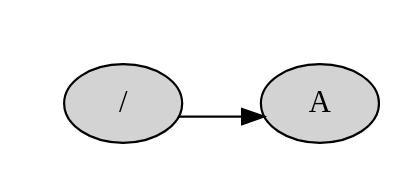
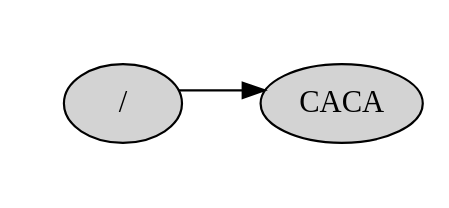
One commit to Eduardo01004/EDD_2S2019_PY2_201612124 changed the diagram in Proyecto2/Grafo.dot. Above: the diagram before and after it, drawn with Graphviz. The commit also changed 54 other files, not shown here.

```diff
--- a/Proyecto2/Grafo.dot
+++ b/Proyecto2/Grafo.dot
@@ -1,6 +1,6 @@
 digraph G{rankdir=LR;
  graph [splines=ortho, nodesep=0.5];
 node [shape=ellipse, style=filled]
 "/" -> "/"[style=invis]
-"/" -> "A"
+"/" -> "CACA"
 }
```
